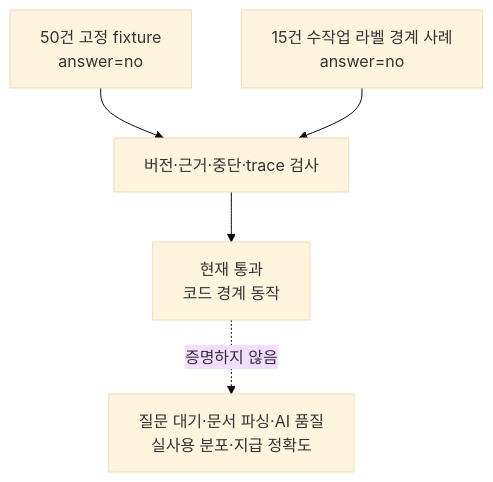
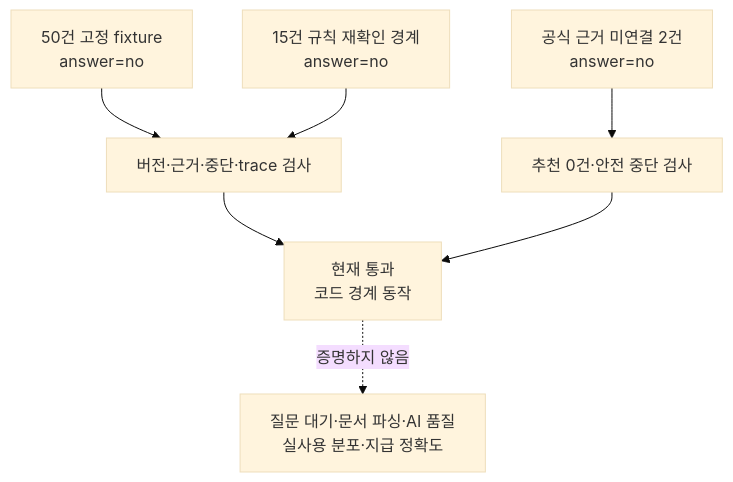
Before and after one commit to turtlehwan/2026-finance-ai-challenge: the third of 3 diagrams in docs/submission/feature-specification/report.md, drawn with Mermaid (base theme). The commit also changed other lines of this file and 15 other files, not shown here.

````diff
--- a/docs/submission/feature-specification/report.md
+++ b/docs/submission/feature-specification/report.md
@@ -203,7 +216,9 @@
 ```mermaid
 flowchart TB
     F["50건 고정 fixture\nanswer=no"] --> T["버전·근거·중단·trace 검사"]
-    B["15건 수작업 라벨 경계 사례\nanswer=no"] --> T
+    B["15건 규칙 재확인 경계\nanswer=no"] --> T
+    S["공식 근거 미연결 2건\nanswer=no"] --> X["추천 0건·안전 중단 검사"]
     T --> P["현재 통과\n코드 경계 동작"]
+    X --> P
     P -. "증명하지 않음" .-> N["질문 대기·문서 파싱·AI 품질\n실사용 분포·지급 정확도"]
 ```
````
